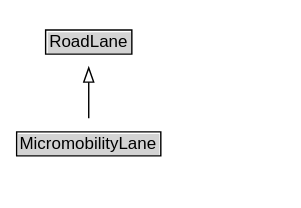
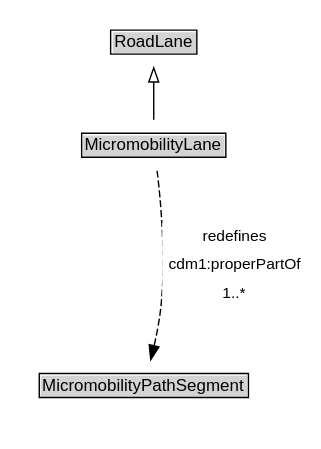
One commit to ISO-TC204/ontology-cdm-p3-v1 changed the diagram in docs/diagrams/MicromobilityLane.dot. Above: the diagram before and after it, drawn with Graphviz. The commit also changed 348 other files, not shown here.

```diff
--- a/docs/diagrams/MicromobilityLane.dot
+++ b/docs/diagrams/MicromobilityLane.dot
@@ -1,16 +1,24 @@
 // Diagram for MicromobilityLane
 digraph {
 	graph [overlap=false rankdir=TB splines=true]
 	node [fontname=Arial fontsize=12 margin=0 shape=none]
 	edge [fontname=Arial fontsize=11]
 	{
+		rank=source
+		RoadLane [label=<<TABLE BORDER="1" CELLBORDER="0" CELLSPACING="0" CELLPADDING="1"><TR><TD BGCOLOR="lightgray" ALIGN="CENTER">RoadLane</TD></TR></TABLE>> URL="../RoadLane" margin=0]
+	}
+	MicromobilityLane [label=<<TABLE BORDER="1" CELLBORDER="0" CELLSPACING="0" CELLPADDING="1"><TR><TD BGCOLOR="lightgray" ALIGN="CENTER">MicromobilityLane</TD></TR></TABLE>> URL="../MicromobilityLane" margin=0]
+	{
 		rank=max
-		MicromobilityLane [label=<<TABLE BORDER="1" CELLBORDER="0" CELLSPACING="0" CELLPADDING="1"><TR><TD BGCOLOR="lightgray" ALIGN="CENTER" PORT="e">MicromobilityLane</TD></TR></TABLE>> URL="../MicromobilityLane.md" margin=0]
 	}
 	subgraph cluster_associated {
 		label="" style=invis
 		Invis [label=<<TABLE BORDER="0" CELLBORDER="0" CELLSPACING="0" CELLPADDING="1"><TR><TD></TD></TR></TABLE>> margin=0 style=invis]
+		MicromobilityPathSegment [label=<<TABLE BORDER="1" CELLBORDER="0" CELLSPACING="0" CELLPADDING="1"><TR><TD BGCOLOR="lightgray" ALIGN="CENTER">MicromobilityPathSegment</TD></TR></TABLE>> URL="../MicromobilityPathSegment" margin=0]
 	}
-	RoadLane [label=<<TABLE BORDER="1" CELLBORDER="0" CELLSPACING="0" CELLPADDING="1"><TR><TD BGCOLOR="lightgray" ALIGN="CENTER">RoadLane</TD></TR></TABLE>> URL="../RoadLane.md" margin=0]
 	MicromobilityLane -> RoadLane [arrowhead=onormal style=solid]
+	MicromobilityLane -> Invis [style=invis]
+	Invis -> MicromobilityPathSegment [style=invis]
+	MicromobilityPathSegment [label=<<TABLE BORDER="1" CELLBORDER="0" CELLSPACING="0" CELLPADDING="1"><TR><TD BGCOLOR="lightgray" ALIGN="CENTER">MicromobilityPathSegment</TD></TR></TABLE>> URL="../MicromobilityPathSegment" margin=0]
+	MicromobilityLane -> MicromobilityPathSegment [label=<<TABLE BORDER="0" CELLBORDER="0" CELLSPACING="0" CELLPADDING="4" BGCOLOR="white"><TR><TD ALIGN="CENTER">redefines</TD></TR><TR><TD ALIGN="CENTER">cdm1:properPartOf</TD></TR><TR><TD ALIGN="CENTER">1..*</TD></TR></TABLE>> arrowhead=normal style=dashed]
 }
```
